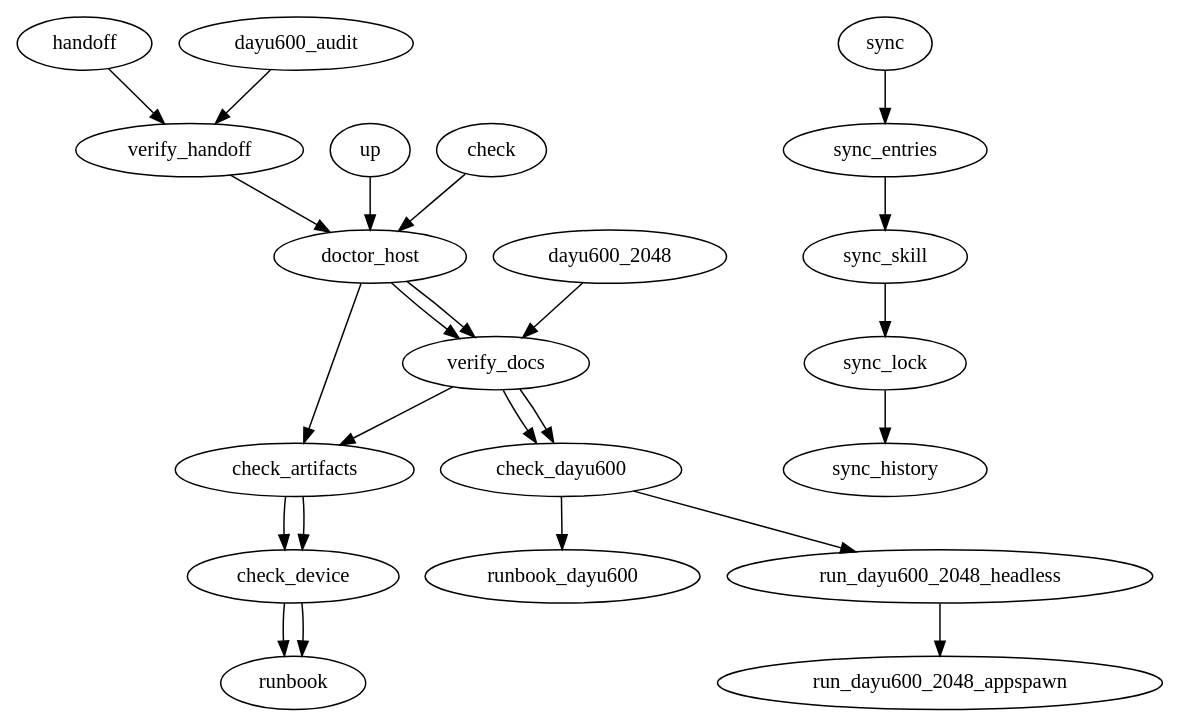
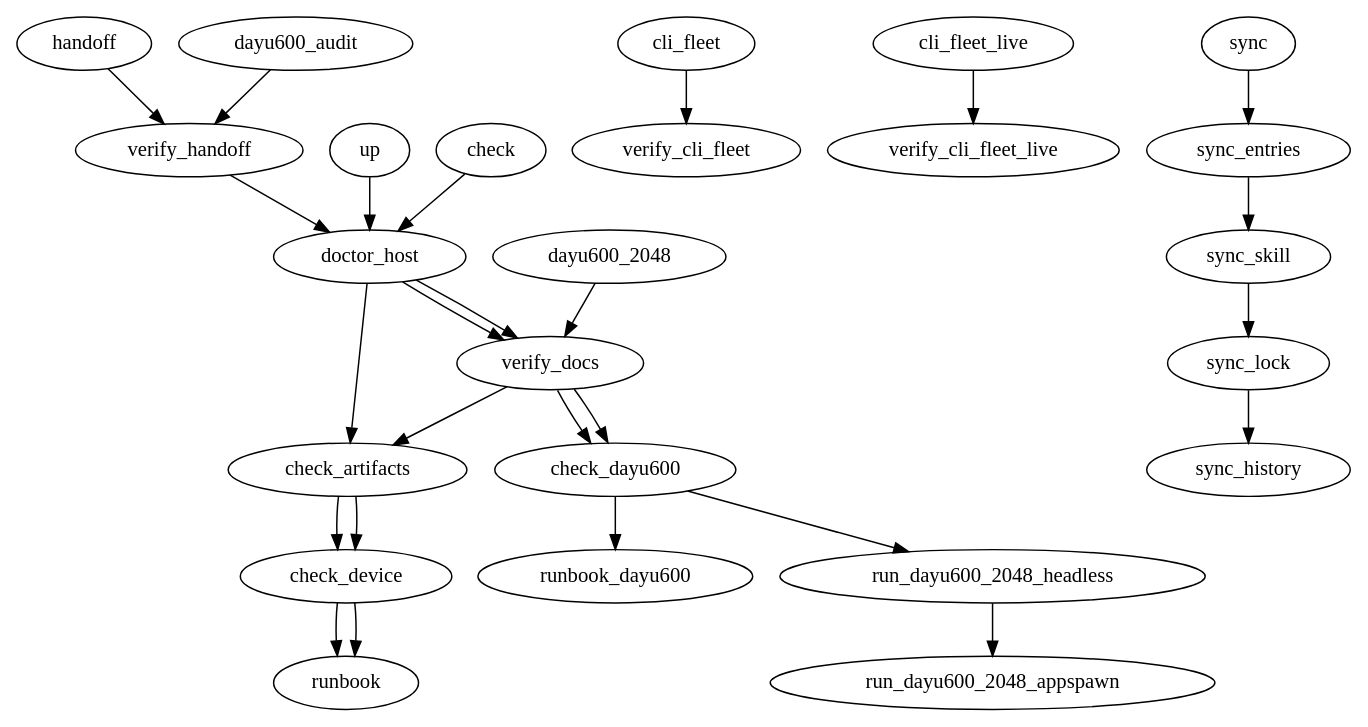
The diagram in REPO_PIPELINE.dot (BH3GEI/westlake-piercing), drawn with Graphviz before and after one commit. The commit also changed 18 other files, not shown here.

Commit message:
基建落盘:实测 CLI worker 与模型路由

```diff
--- a/REPO_PIPELINE.dot
+++ b/REPO_PIPELINE.dot
@@ -1,125 +1,151 @@
 digraph westlake_repo_skill {
   graph [
     skill="westlake-piercing",
-    version="0.2",
+    version="0.3",
     default_runner=".repo-skill/src/dot_runner.py"
   ];
 
   handoff [
     type="workflow",
     record="false",
     steps="verify_handoff"
   ];
 
   up [
     type="workflow",
     steps="doctor_host check_artifacts check_device runbook"
   ];
 
   check [
     type="workflow",
     steps="doctor_host verify_docs check_artifacts check_device runbook"
   ];
 
   dayu600_audit [
     type="workflow",
     steps="verify_handoff doctor_host verify_docs check_dayu600 runbook_dayu600"
   ];
 
   dayu600_2048 [
     type="workflow",
     steps="verify_docs check_dayu600 run_dayu600_2048_headless run_dayu600_2048_appspawn"
   ];
 
+  cli_fleet [
+    type="workflow",
+    record="false",
+    steps="verify_cli_fleet"
+  ];
+
+  cli_fleet_live [
+    type="workflow",
+    record="false",
+    steps="verify_cli_fleet_live"
+  ];
+
   sync [
     type="workflow",
     steps="sync_entries sync_skill sync_lock sync_history"
   ];
 
   verify_handoff [
     kind="cmd",
     cmd="python3 -B .repo-skill/src/westlake_checks.py handoff",
     purpose="read-only check of role entries, bounded state, task/board locks, frontier card, and Git worktree"
+  ];
+
+  verify_cli_fleet [
+    kind="cmd",
+    cmd="python3 -B oracle/verify/cli-fleet.py",
+    purpose="no-persistent-mutation check of local CLI binaries, hashes, routes and catalogs plus temporary parallel-worktree and process-group timeout smokes"
+  ];
+
+  verify_cli_fleet_live [
+    kind="cmd",
+    cmd="python3 -B oracle/verify/cli-fleet.py --live",
+    purpose="static fleet check plus temporary-directory Kimi/Claude/Codex worker smokes and a temporary-HOME current-model Cursor Agent hello; Kimi creates ordinary session metadata"
   ];
 
   doctor_host [
     kind="cmd",
     cmd="python3 .repo-skill/src/westlake_checks.py host",
     purpose="check host tools and reference paths"
   ];
 
   verify_docs [
     kind="cmd",
     cmd="python3 .repo-skill/src/westlake_checks.py docs",
     purpose="check that the reproduction docs and lock files are present"
   ];
 
   check_artifacts [
     kind="cmd",
     cmd="python3 .repo-skill/src/westlake_checks.py artifacts",
     purpose="check external binary baseline or rebuild inputs"
   ];
 
   check_device [
     kind="cmd",
     cmd="python3 .repo-skill/src/westlake_checks.py device",
     purpose="check DAYU200/RK3568 hdc reachability"
   ];
 
   check_dayu600 [
     kind="cmd",
     cmd="python3 .repo-skill/src/westlake_checks.py dayu600",
     purpose="check DAYU600/uis7885 hdc reachability and non-mutating substrate facts"
   ];
 
   runbook [
     kind="cmd",
     cmd="python3 .repo-skill/src/westlake_checks.py runbook",
     purpose="print the next replay documents and validation target"
   ];
 
   runbook_dayu600 [
     kind="cmd",
     cmd="python3 .repo-skill/src/westlake_checks.py runbook-dayu600",
     purpose="print the DAYU600 porting runbook and safety rules"
   ];
 
   run_dayu600_2048_headless [
     kind="cmd",
     cmd="python3 .repo-skill/src/westlake_checks.py dayu600-2048-headless",
     purpose="run the real 2048 APK MainActivity and game-model probe under standalone DAYU600 ART"
   ];
 
   run_dayu600_2048_appspawn [
     kind="cmd",
     cmd="python3 .repo-skill/src/westlake_checks.py dayu600-2048-appspawn",
     purpose="run the real 2048 APK onCreate probe inside the temporary AppSpawnX app child"
   ];
 
   sync_skill [
     kind="agent",
     purpose="update REPO_SKILL.md and .repo-skill/SKILL.md if project knowledge changed"
   ];
 
   sync_entries [
     kind="agent",
     purpose="keep AGENTS.md, CLAUDE.md, and both westlake-repo skill adapters aligned"
   ];
 
   sync_lock [
     kind="agent",
     purpose="update REPO_LOCK.toml if versions, hashes, hardware, tools, or artifacts changed"
   ];
 
   sync_history [
     kind="agent",
     purpose="append REPO_HISTORY.dot and .repo-skill/turns/<change>.md before commit"
   ];
 
   handoff -> verify_handoff;
   up -> doctor_host -> check_artifacts -> check_device -> runbook;
   check -> doctor_host -> verify_docs -> check_artifacts -> check_device -> runbook;
   dayu600_audit -> verify_handoff -> doctor_host -> verify_docs -> check_dayu600 -> runbook_dayu600;
   dayu600_2048 -> verify_docs -> check_dayu600 -> run_dayu600_2048_headless -> run_dayu600_2048_appspawn;
+  cli_fleet -> verify_cli_fleet;
+  cli_fleet_live -> verify_cli_fleet_live;
   sync -> sync_entries -> sync_skill -> sync_lock -> sync_history;
 }
```
